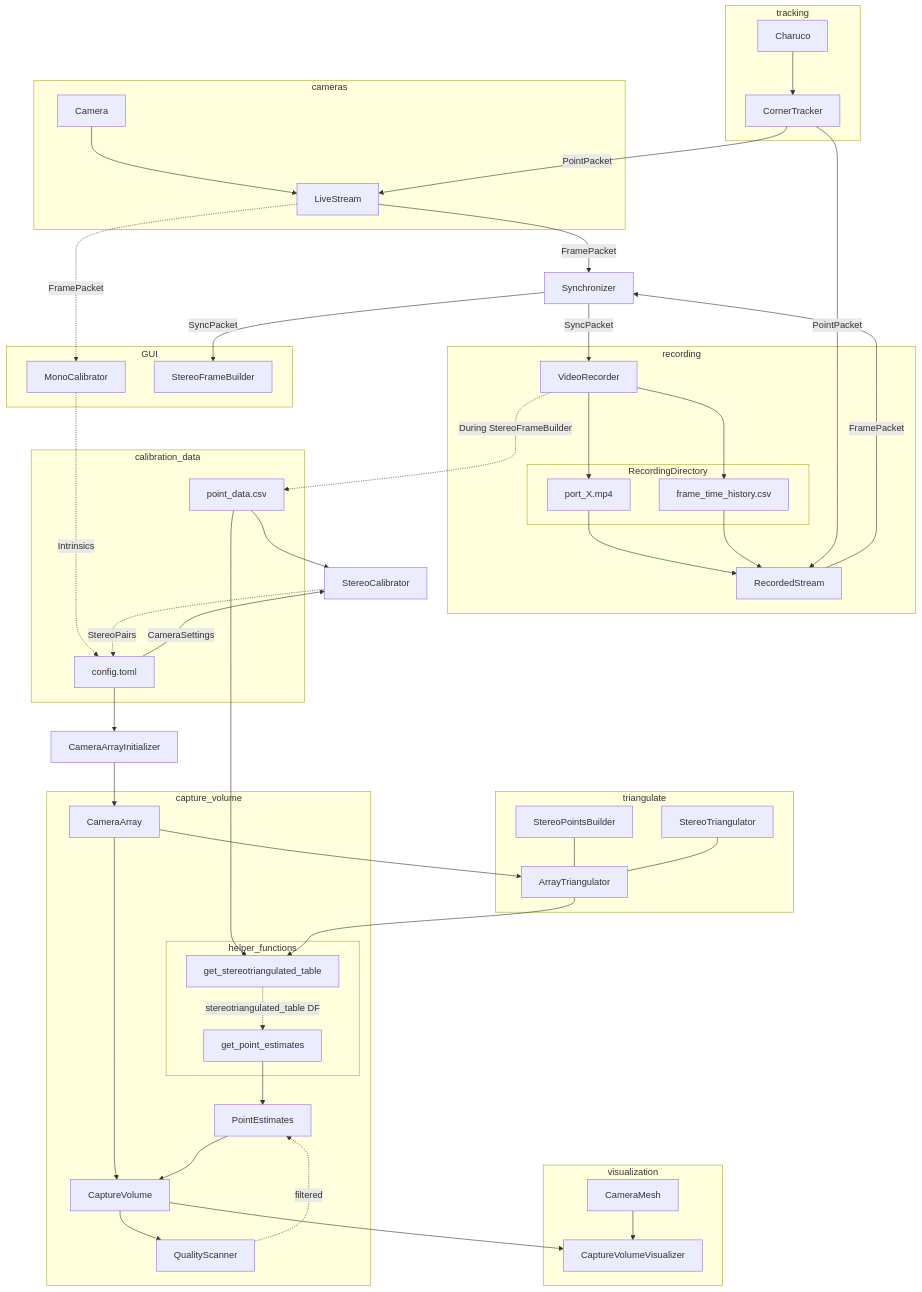
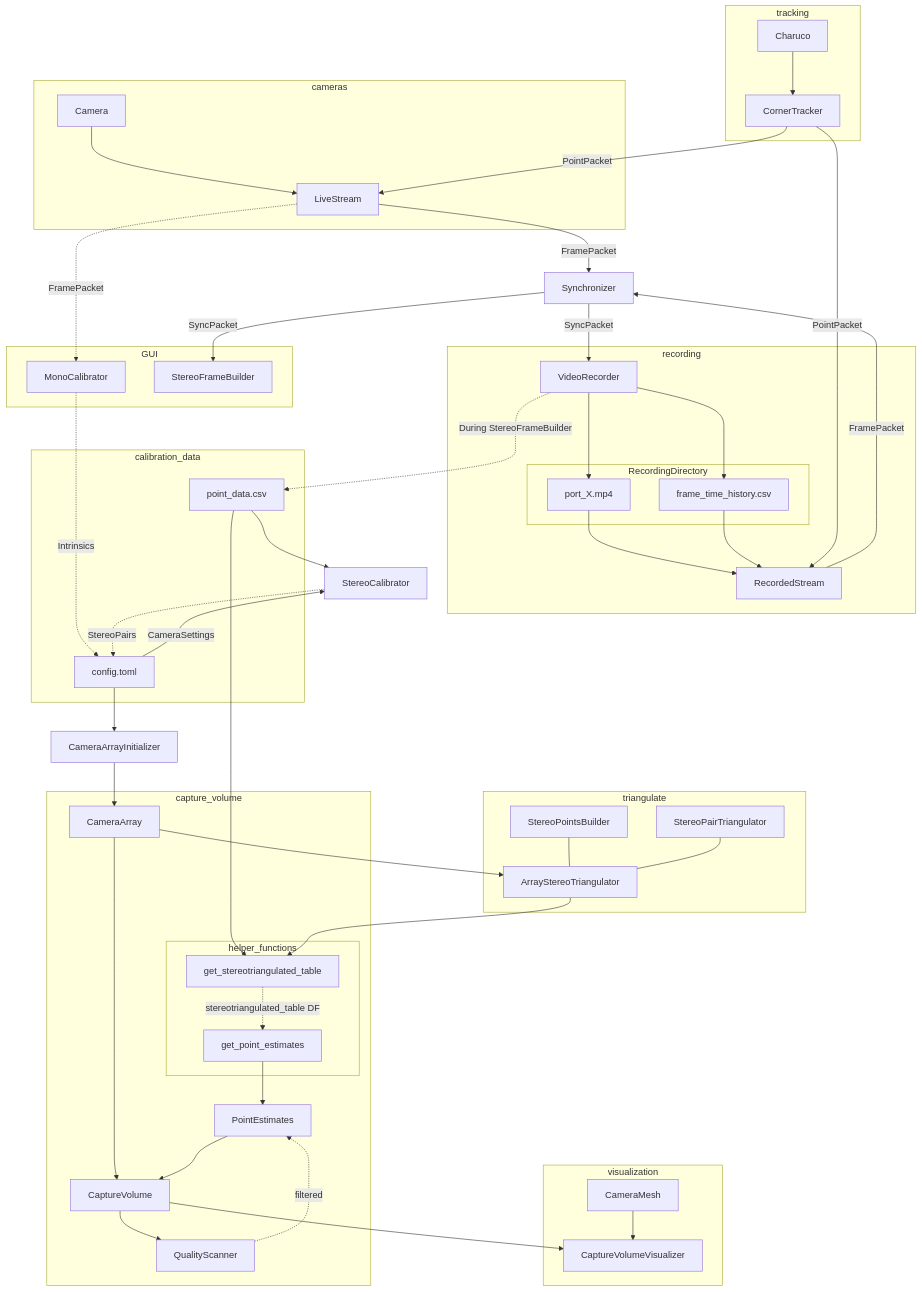
One commit to mprib/caliscope changed the diagram in docs/project_structure.md. Above: the diagram before and after it, drawn with Mermaid. The commit also changed 2 other files, not shown here.

Commit message:
Triangulator  Rename

```diff
--- a/docs/project_structure.md
+++ b/docs/project_structure.md
@@ -63,19 +63,19 @@
 
 point_data.csv --> get_stereotriangulated_table
 
-ArrayTriangulator --> get_stereotriangulated_table
+ArrayStereoTriangulator --> get_stereotriangulated_table
 
 CornerTracker --PointPacket--> RecordedStream
 
 CameraArrayInitializer --> CameraArray
 config.toml --> CameraArrayInitializer
 
-CameraArray --> ArrayTriangulator
+CameraArray --> ArrayStereoTriangulator
 
 subgraph triangulate
-    ArrayTriangulator
-    StereoPointsBuilder --- ArrayTriangulator
-    StereoTriangulator --- ArrayTriangulator
+    ArrayStereoTriangulator
+    StereoPointsBuilder --- ArrayStereoTriangulator
+    StereoPairTriangulator --- ArrayStereoTriangulator
 end
 
 CaptureVolume --> CaptureVolumeVisualizer
```
